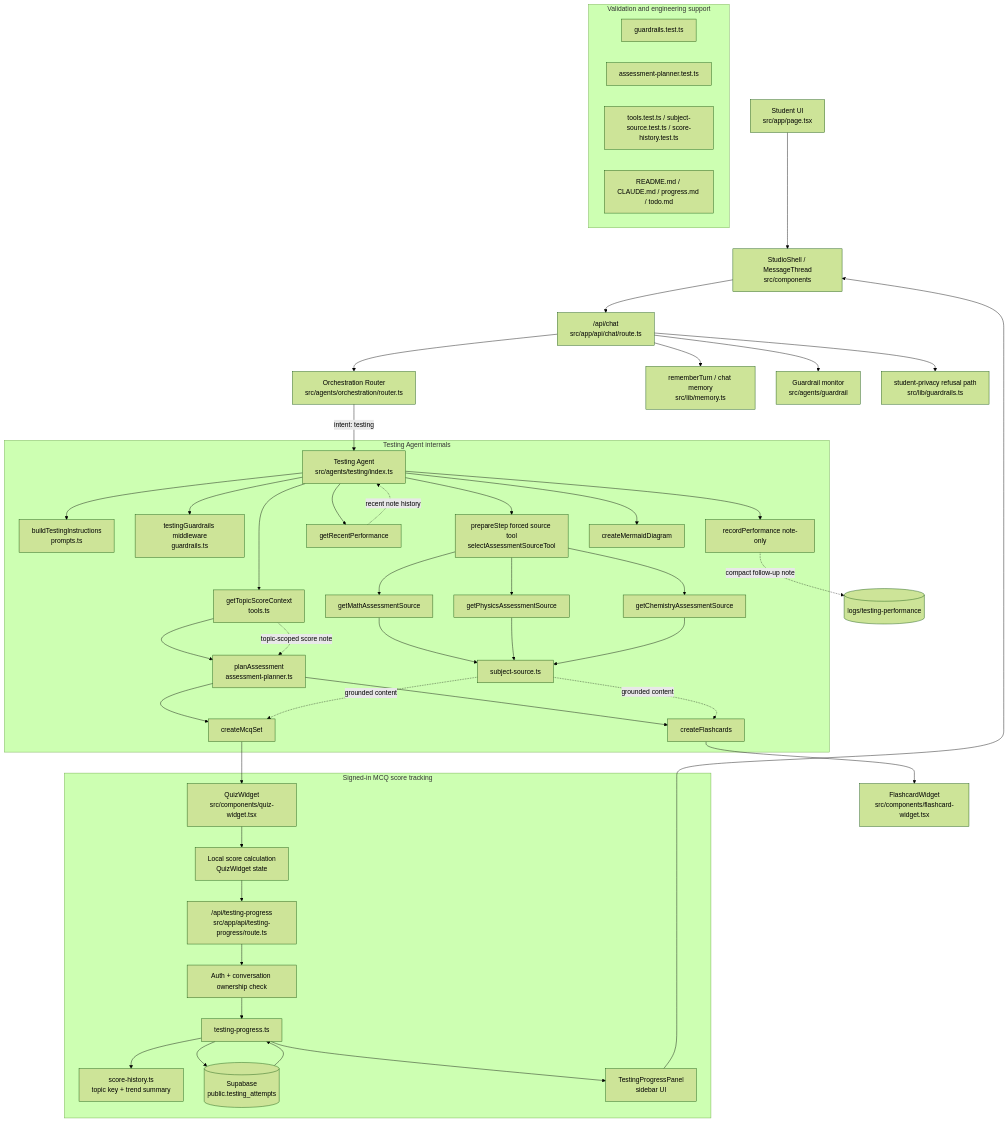
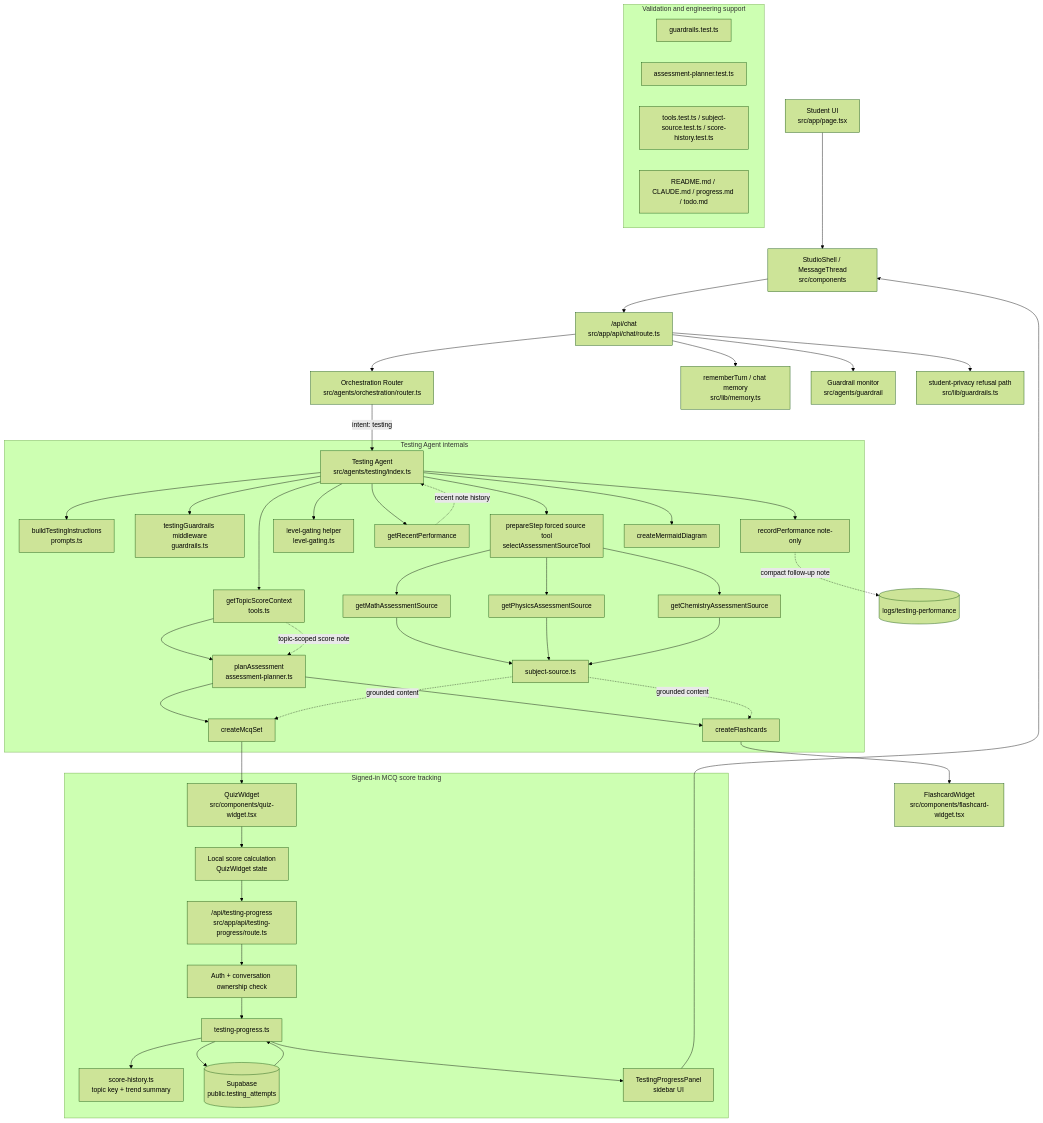
The diagram in src/agents/testing/architecture.md (sritampatnaik/sem4-practice-module), drawn with Mermaid (forest theme) before and after one commit. The commit also changed other lines of this file and 15 other files, not shown here.

````diff
--- a/src/agents/testing/architecture.md
+++ b/src/agents/testing/architecture.md
@@ -5,62 +5,63 @@
 ```mermaid
 flowchart TD
     A["Student UI<br/>src/app/page.tsx"] --> B["StudioShell / MessageThread<br/>src/components"]
     B --> C["/api/chat<br/>src/app/api/chat/route.ts"]
     C --> D["Orchestration Router<br/>src/agents/orchestration/router.ts"]
     D -->|intent: testing| E["Testing Agent<br/>src/agents/testing/index.ts"]
 
     subgraph TestingInternals["Testing Agent internals"]
         E --> F["buildTestingInstructions<br/>prompts.ts"]
         E --> G["testingGuardrails middleware<br/>guardrails.ts"]
         E --> H["prepareStep forced source tool<br/>selectAssessmentSourceTool"]
         E --> I["getTopicScoreContext<br/>tools.ts"]
         I --> J["planAssessment<br/>assessment-planner.ts"]
+        E --> AK["level-gating helper<br/>level-gating.ts"]
 
         H --> K["getMathAssessmentSource"]
         H --> L["getPhysicsAssessmentSource"]
         H --> M["getChemistryAssessmentSource"]
 
         K --> N["subject-source.ts"]
         L --> N
         M --> N
 
         J --> O["createMcqSet"]
         J --> P["createFlashcards"]
 
         E --> Q["getRecentPerformance"]
         E --> R["recordPerformance note-only"]
         E --> S["createMermaidDiagram"]
     end
 
     O --> T["QuizWidget<br/>src/components/quiz-widget.tsx"]
     P --> U["FlashcardWidget<br/>src/components/flashcard-widget.tsx"]
 
     subgraph ScoreTracking["Signed-in MCQ score tracking"]
         T --> V["Local score calculation<br/>QuizWidget state"]
         V --> W["/api/testing-progress<br/>src/app/api/testing-progress/route.ts"]
         W --> X["Auth + conversation ownership check"]
         X --> Y["testing-progress.ts"]
         Y --> Z["score-history.ts<br/>topic key + trend summary"]
         Y --> AA[("Supabase<br/>public.testing_attempts")]
         AA --> Y
         Y --> AB["TestingProgressPanel<br/>sidebar UI"]
     end
 
     C --> AC["rememberTurn / chat memory<br/>src/lib/memory.ts"]
     C --> AD["Guardrail monitor<br/>src/agents/guardrail"]
     C --> AJ["student-privacy refusal path<br/>src/lib/guardrails.ts"]
 
     subgraph ValidationAndDocs["Validation and engineering support"]
         AE["guardrails.test.ts"]
         AF["assessment-planner.test.ts"]
         AG["tools.test.ts / subject-source.test.ts / score-history.test.ts"]
         AH["README.md / CLAUDE.md / progress.md / todo.md"]
     end
 
     N -.->|grounded content| O
     N -.->|grounded content| P
     I -.->|topic-scoped score note| J
     Q -.->|recent note history| E
     R -.->|compact follow-up note| AI[("logs/testing-performance")]
     AB --> B
 ```
````
